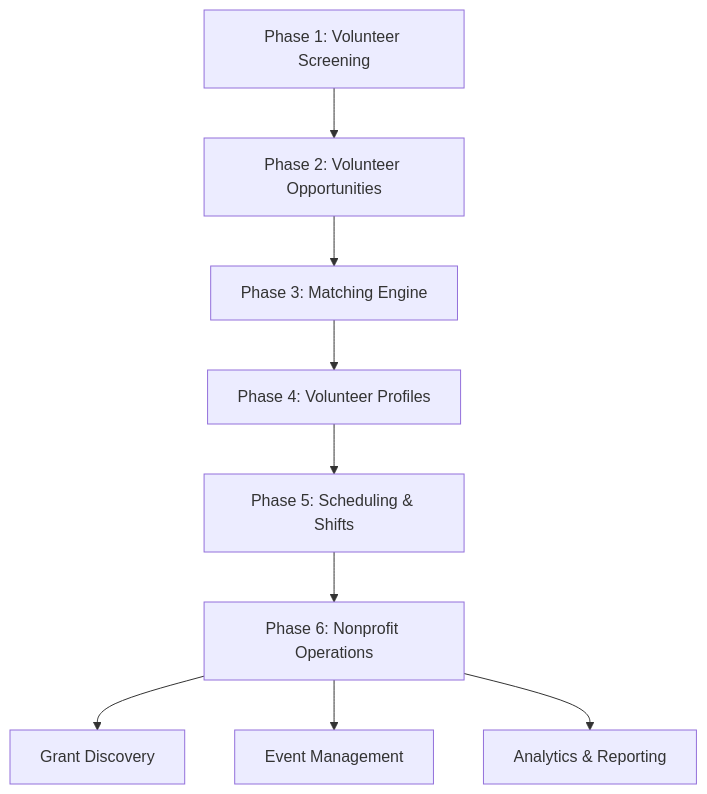
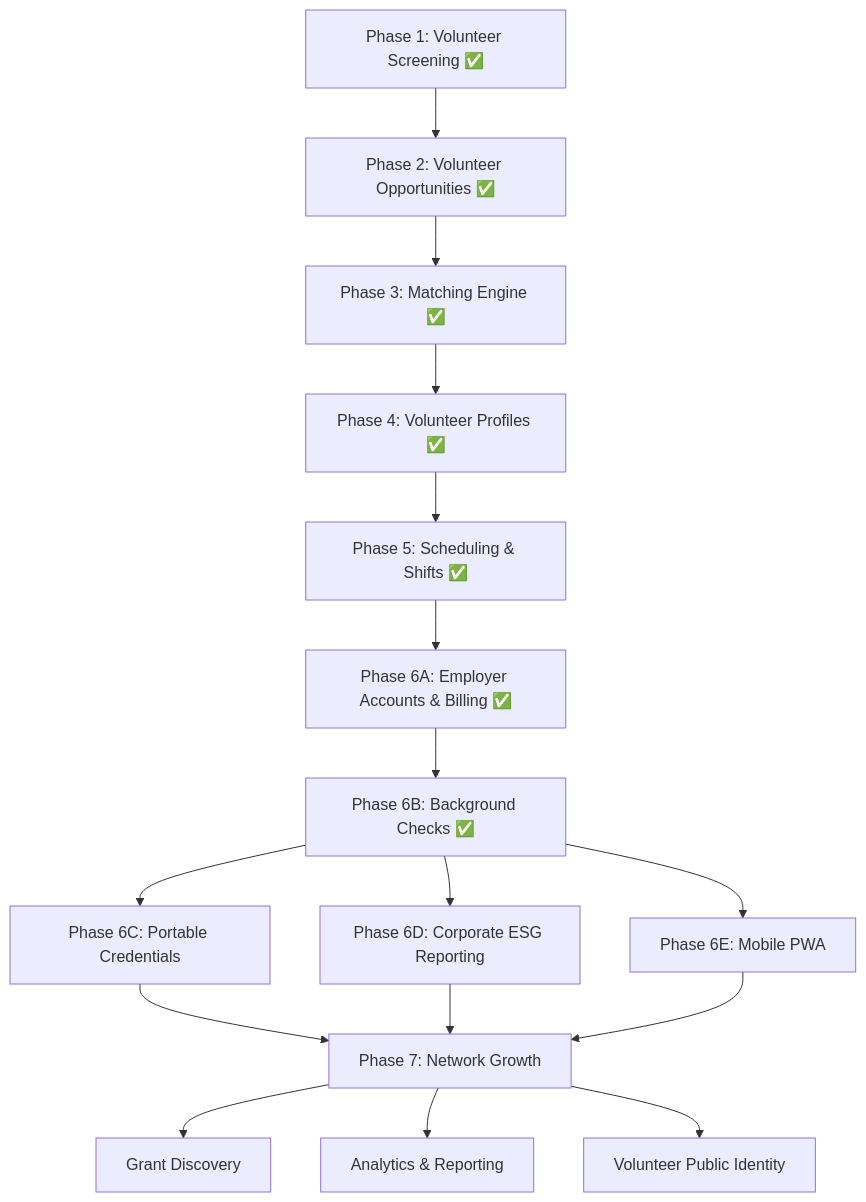
One commit to thehashrocket/volunteerready.org changed diagram 11 of 11 in docs/SYSTEM_DIAGRAM.md. Above: the diagram before and after it, drawn with Mermaid. The commit also changed other lines of this file and 5 other files, not shown here.

First line of the commit message:
docs: sync project documentation with current architecture and domain model

````diff
--- a/docs/SYSTEM_DIAGRAM.md
+++ b/docs/SYSTEM_DIAGRAM.md
@@ -323,12 +455,21 @@
 ```mermaid
 flowchart TD
-    A[Phase 1: Volunteer Screening] --> B[Phase 2: Volunteer Opportunities]
-    B --> C[Phase 3: Matching Engine]
-    C --> D[Phase 4: Volunteer Profiles]
-    D --> E[Phase 5: Scheduling & Shifts]
-    E --> F[Phase 6: Nonprofit Operations]
+    A[Phase 1: Volunteer Screening ✅] --> B[Phase 2: Volunteer Opportunities ✅]
+    B --> C[Phase 3: Matching Engine ✅]
+    C --> D[Phase 4: Volunteer Profiles ✅]
+    D --> E[Phase 5: Scheduling & Shifts ✅]
+    E --> F[Phase 6A: Employer Accounts & Billing ✅]
+    F --> G[Phase 6B: Background Checks ✅]
 
-    F --> G[Grant Discovery]
-    F --> H[Event Management]
-    F --> I[Analytics & Reporting]
+    G --> H[Phase 6C: Portable Credentials]
+    G --> I[Phase 6D: Corporate ESG Reporting]
+    G --> J[Phase 6E: Mobile PWA]
+
+    H --> K[Phase 7: Network Growth]
+    I --> K
+    J --> K
+
+    K --> L[Grant Discovery]
+    K --> M[Analytics & Reporting]
+    K --> N[Volunteer Public Identity]
 ```
````
